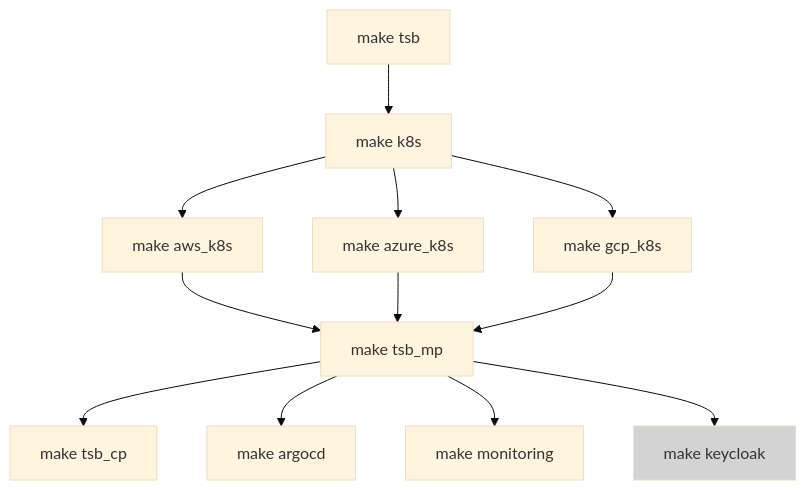
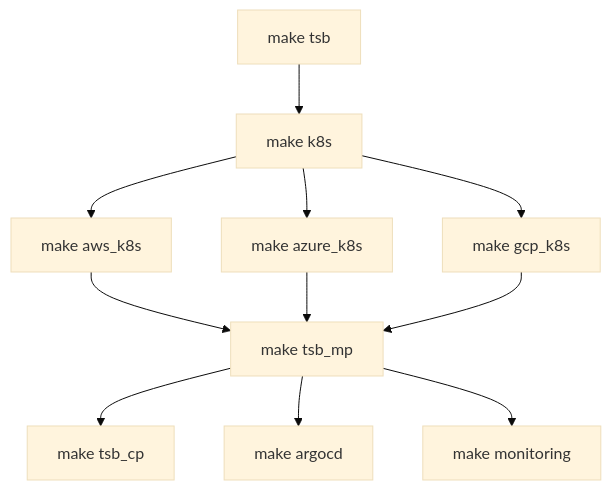
One commit to tetratelabs/tetrate-service-bridge-sandbox changed the diagram in README.md. Above: the diagram before and after it, drawn with Mermaid (base theme). The commit also changed 17 other files, not shown here.

````diff
--- a/README.md
+++ b/README.md
@@ -15,15 +15,13 @@
 ```mermaid
   graph TD;
       A[make tsb] --> B[make k8s]
       B[make k8s] --> C[make aws_k8s]
       B[make k8s] --> CC[make azure_k8s]
       B[make k8s] --> CCC[make gcp_k8s]
       C[make aws_k8s] --> D[make tsb_mp]
       CC[make azure_k8s] --> D[make tsb_mp]
       CCC[make gcp_k8s] --> D[make tsb_mp]
       D[make tsb_mp] --> DD[make tsb_cp]
       D[make tsb_mp] --> G[make argocd]
       D[make tsb_mp] --> H[make monitoring]
-      D[make tsb_mp] --> F[make keycloak]
-      style F fill:lightgrey
 ```
````
